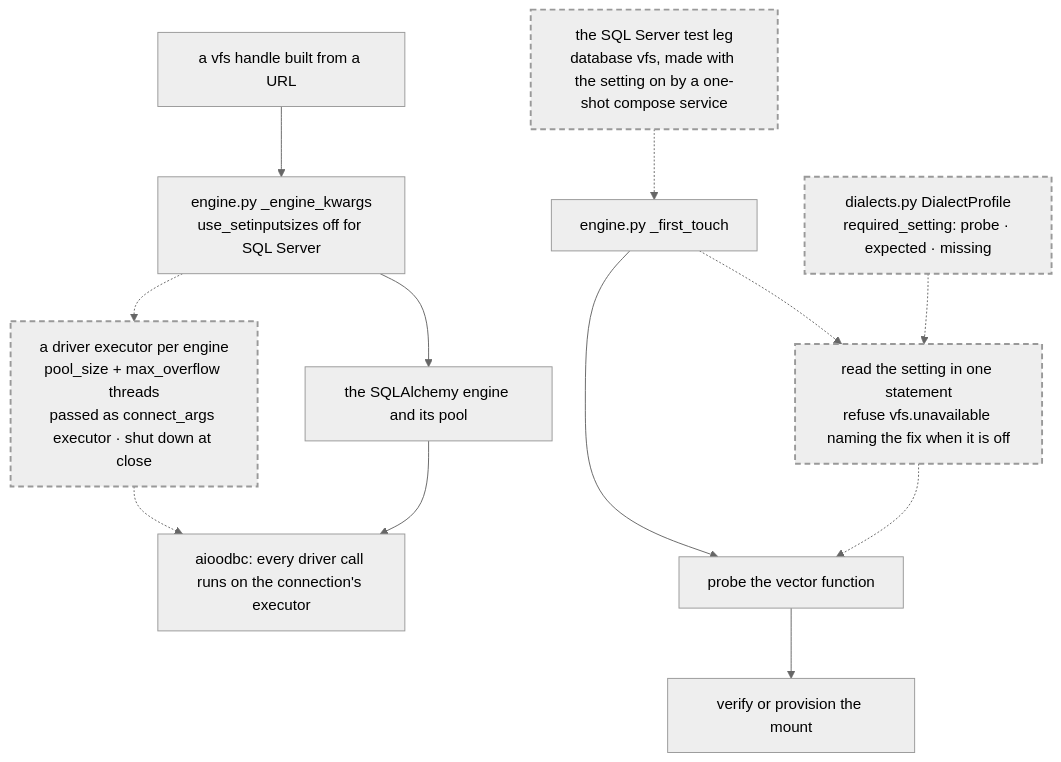
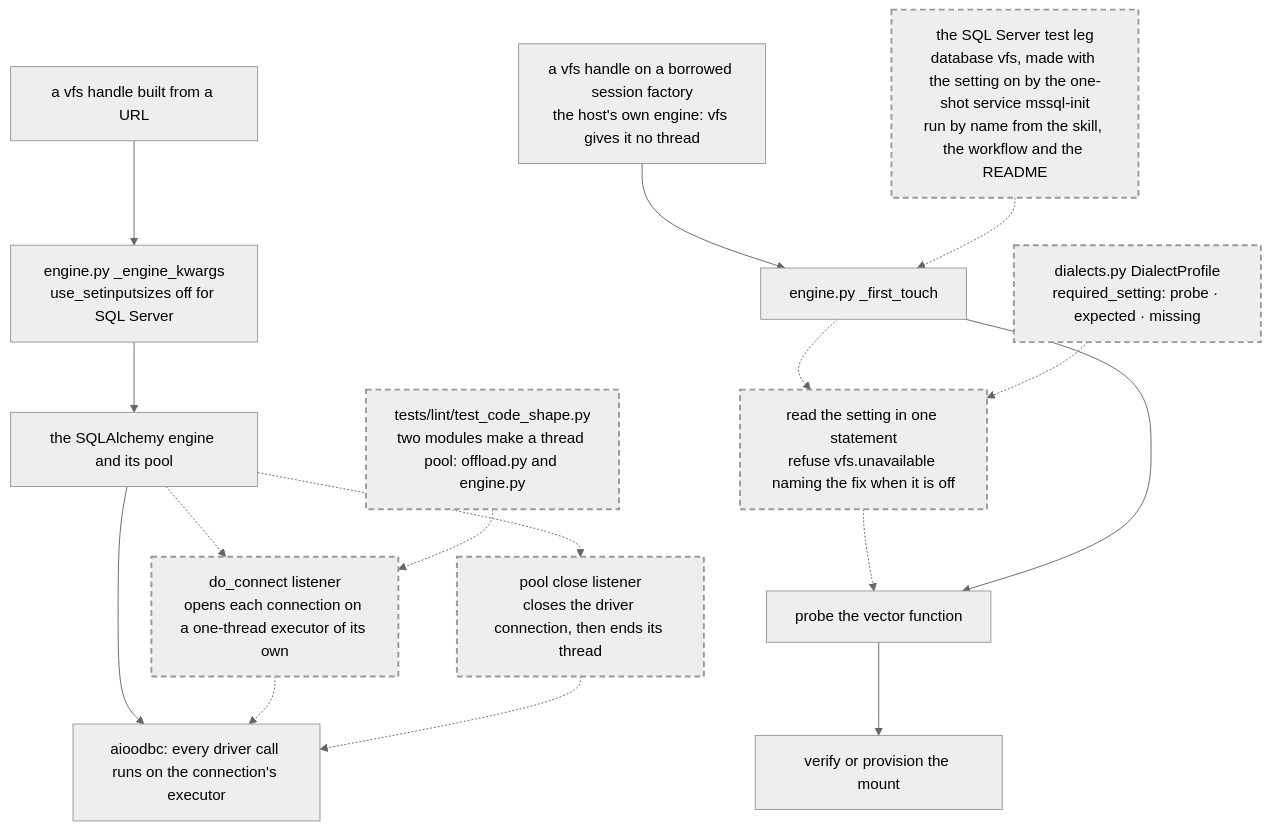
Before and after one commit to ClayGendron/vfs: the diagram in context/specifications/active/2026-11-15-on-sql-server-a-read-never-waits-on-a-write.md, drawn with Mermaid (neutral theme). The commit also changed other lines of this file, not shown here.

````diff
--- a/context/specifications/active/2026-11-15-on-sql-server-a-read-never-waits-on-a-write.md
+++ b/context/specifications/active/2026-11-15-on-sql-server-a-read-never-waits-on-a-write.md
@@ -19,23 +23,29 @@
 ```mermaid
 flowchart TD
   classDef planned stroke-dasharray: 6 4,stroke-width:2px;
   URL["a vfs handle built from a URL"]
+  BORROW["a vfs handle on a borrowed session factory<br/>the host's own engine: vfs gives it no thread"]
   KW["engine.py _engine_kwargs<br/>use_setinputsizes off for SQL Server"]
-  EXEC["a driver executor per engine<br/>pool_size + max_overflow threads<br/>passed as connect_args executor · shut down at close"]
   ENG["the SQLAlchemy engine and its pool"]
+  OPEN["do_connect listener<br/>opens each connection on a one-thread executor of its own"]
+  RETIRE["pool close listener<br/>closes the driver connection, then ends its thread"]
   DRV["aioodbc: every driver call runs on the connection's executor"]
   FT["engine.py _first_touch"]
   PROFILE["dialects.py DialectProfile<br/>required_setting: probe · expected · missing"]
   PROBE["read the setting in one statement<br/>refuse vfs.unavailable naming the fix when it is off"]
   VEC["probe the vector function"]
   PROV["verify or provision the mount"]
-  LEG["the SQL Server test leg<br/>database vfs, made with the setting on by a one-shot compose service"]
+  LEG["the SQL Server test leg<br/>database vfs, made with the setting on by the one-shot service mssql-init<br/>run by name from the skill, the workflow and the README"]
+  LINT["tests/lint/test_code_shape.py<br/>two modules make a thread pool: offload.py and engine.py"]
   URL --> KW --> ENG --> DRV
-  KW -.-> EXEC -.-> DRV
+  ENG -.-> OPEN -.-> DRV
+  ENG -.-> RETIRE -.-> DRV
+  BORROW --> FT
   FT -.-> PROBE
   PROFILE -.-> PROBE
   PROBE -.-> VEC
   FT --> VEC --> PROV
   LEG -.-> FT
-  class EXEC,PROFILE,PROBE,LEG planned
+  LINT -.-> OPEN
+  class OPEN,RETIRE,PROFILE,PROBE,LEG,LINT planned
 ```
````
